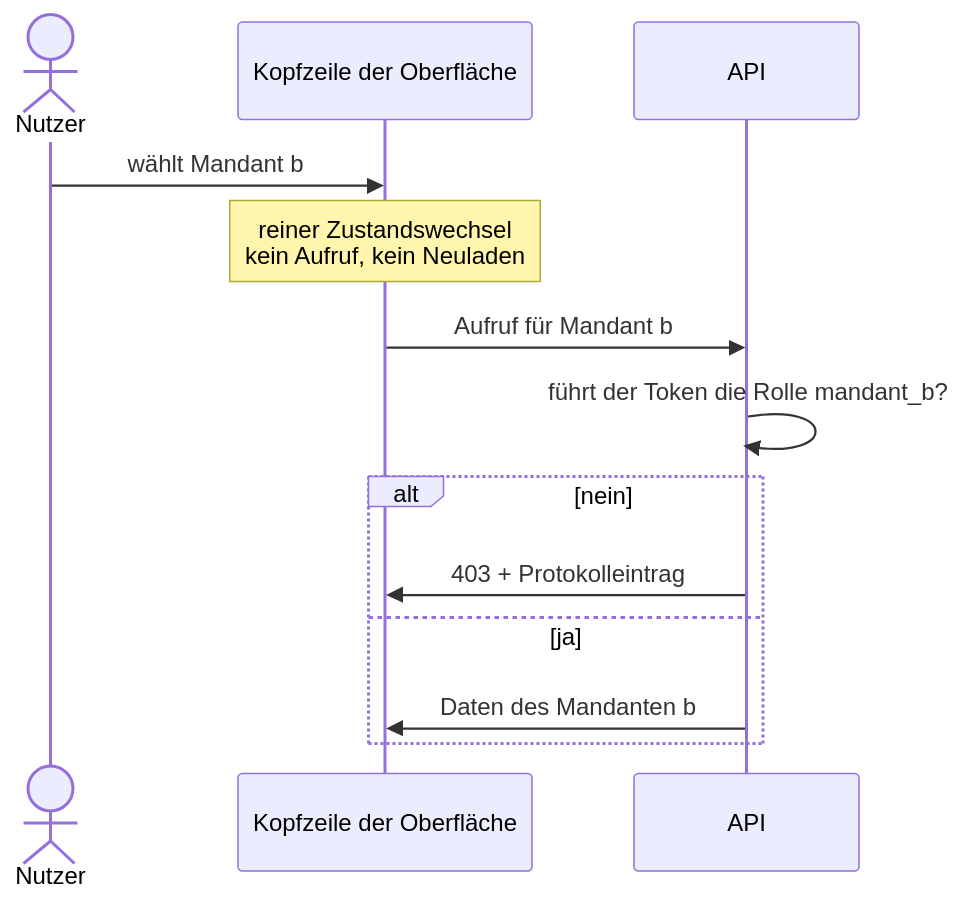
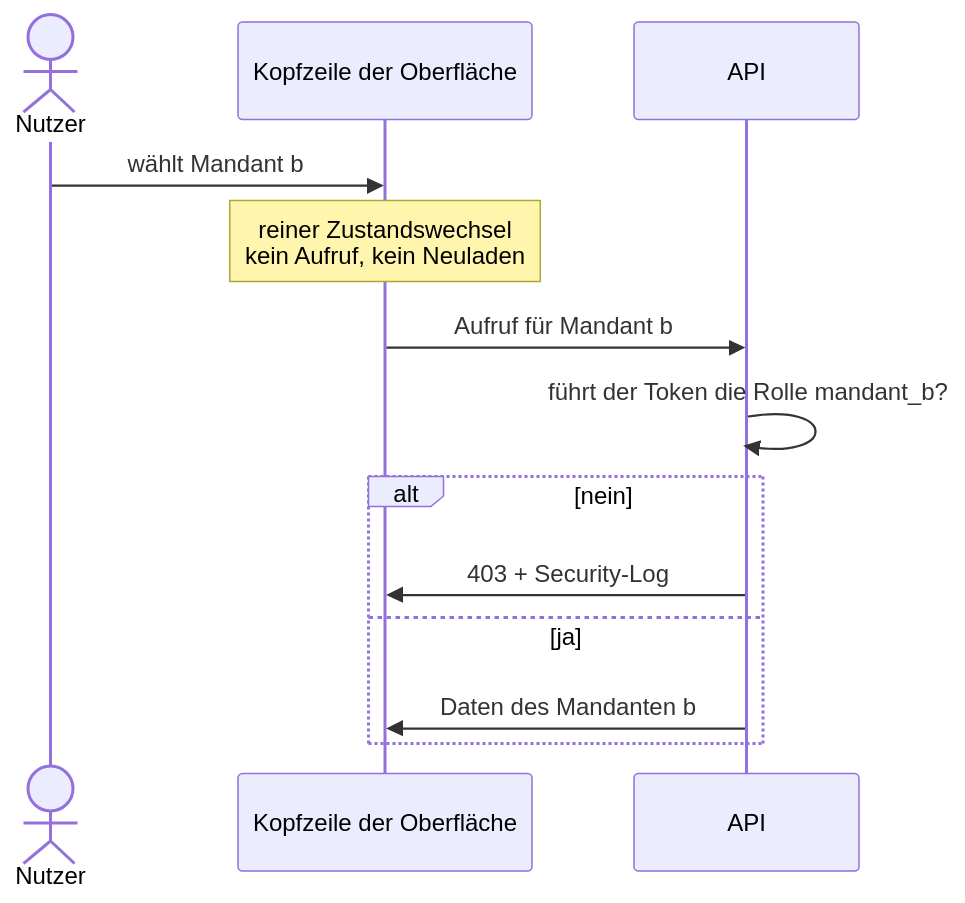
Before and after one commit to tiri/reference-architecture: diagram 12 of 15 in arch-docs/README.md, drawn with Mermaid. The commit also changed other lines of this file and 1 other file, not shown here.

````diff
--- a/arch-docs/README.md
+++ b/arch-docs/README.md
@@ -482,15 +537,15 @@
 ```mermaid
 sequenceDiagram
     actor N as Nutzer
     participant S as Kopfzeile der Oberfläche
     participant A as API
     N->>S: wählt Mandant b
     Note over S: reiner Zustandswechsel<br/>kein Aufruf, kein Neuladen
     S->>A: Aufruf für Mandant b
     A->>A: führt der Token die Rolle mandant_b?
     alt nein
-        A->>S: 403 + Protokolleintrag
+        A->>S: 403 + Security-Log
     else ja
         A->>S: Daten des Mandanten b
     end
 ```
````
